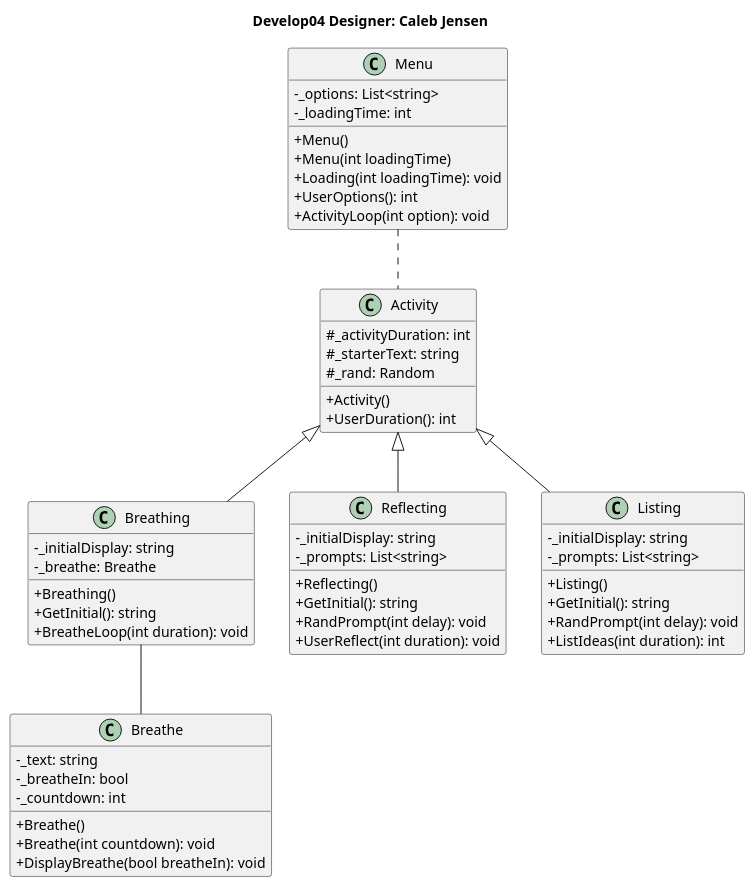
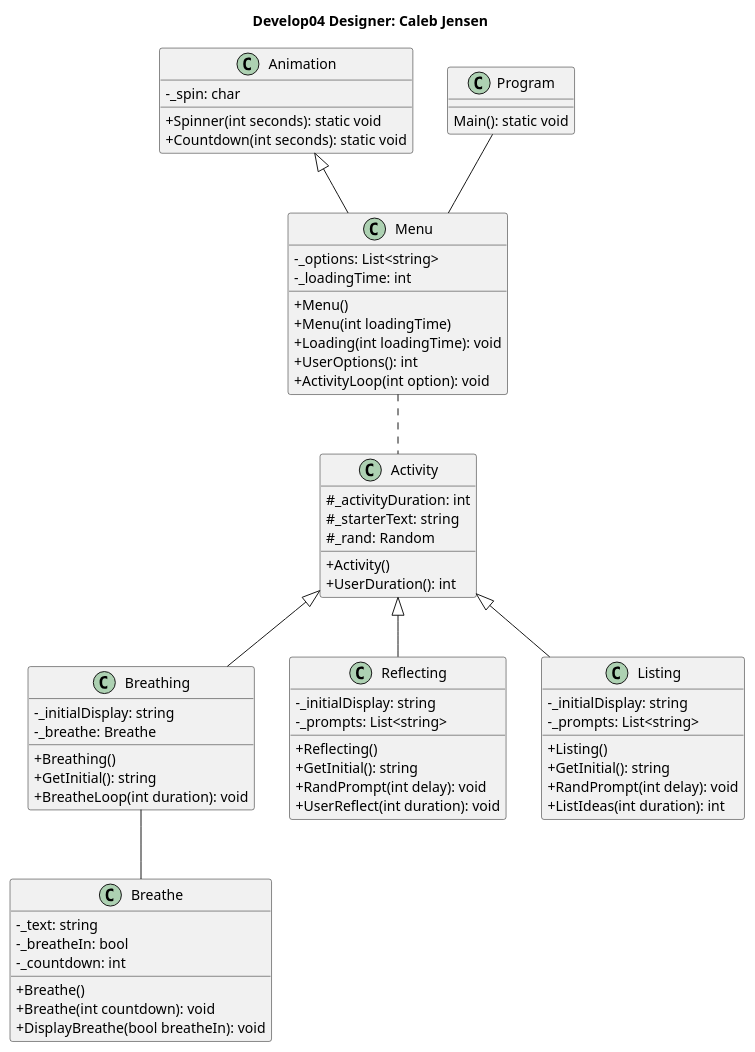
The diagram in prove/Develop04/PlantUml.puml (Amiru-Code/cse-210-Projects), drawn with PlantUML before and after one commit. The commit also changed 11 other files, not shown here.

```diff
--- a/prove/Develop04/PlantUml.puml
+++ b/prove/Develop04/PlantUml.puml
@@ -1,58 +1,69 @@
 @startuml
 title Develop04 Designer: Caleb Jensen
 skinparam classAttributeIconSize 0
 class Activity {
     # _activityDuration: int
     # _starterText: string
     # _rand: Random
     + Activity()
     + UserDuration(): int
 }
 class Breathing {
     - _initialDisplay: string
     - _breathe: Breathe
     + Breathing()
     + GetInitial(): string
     + BreatheLoop(int duration): void
 }
 class Breathe {
     - _text: string
     - _breatheIn: bool
     - _countdown: int
     + Breathe()
     + Breathe(int countdown): void
     + DisplayBreathe(bool breatheIn): void
 }
 
 class Menu {
     - _options: List<string>
     - _loadingTime: int
     + Menu()
     + Menu(int loadingTime)
     + Loading(int loadingTime): void
     + UserOptions(): int
     + ActivityLoop(int option): void
 }
+class Animation {
+    - _spin: char 
+    +Spinner(int seconds): static void
+    +Countdown(int seconds): static void
+}
+
 class Reflecting {
     - _initialDisplay: string
     - _prompts: List<string>
     + Reflecting()
     + GetInitial(): string
     + RandPrompt(int delay): void
     + UserReflect(int duration): void
 }
 class Listing {
     - _initialDisplay: string
     - _prompts: List<string>
     + Listing()
     + GetInitial(): string    
     + RandPrompt(int delay): void
     + ListIdeas(int duration): int
 }
+class Program{
+    Main(): static void
+}
 
 Activity <|-- Breathing
+Animation <|--Menu
+Program -- Menu
 Activity <|-- Reflecting
 Activity <|-- Listing
 Breathing -- Breathe
 Menu .. Activity
 @enduml
```
